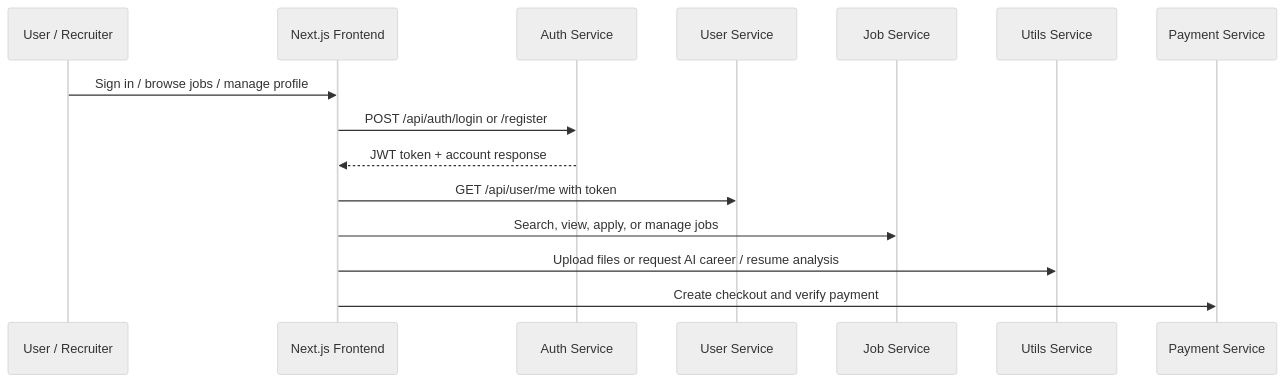
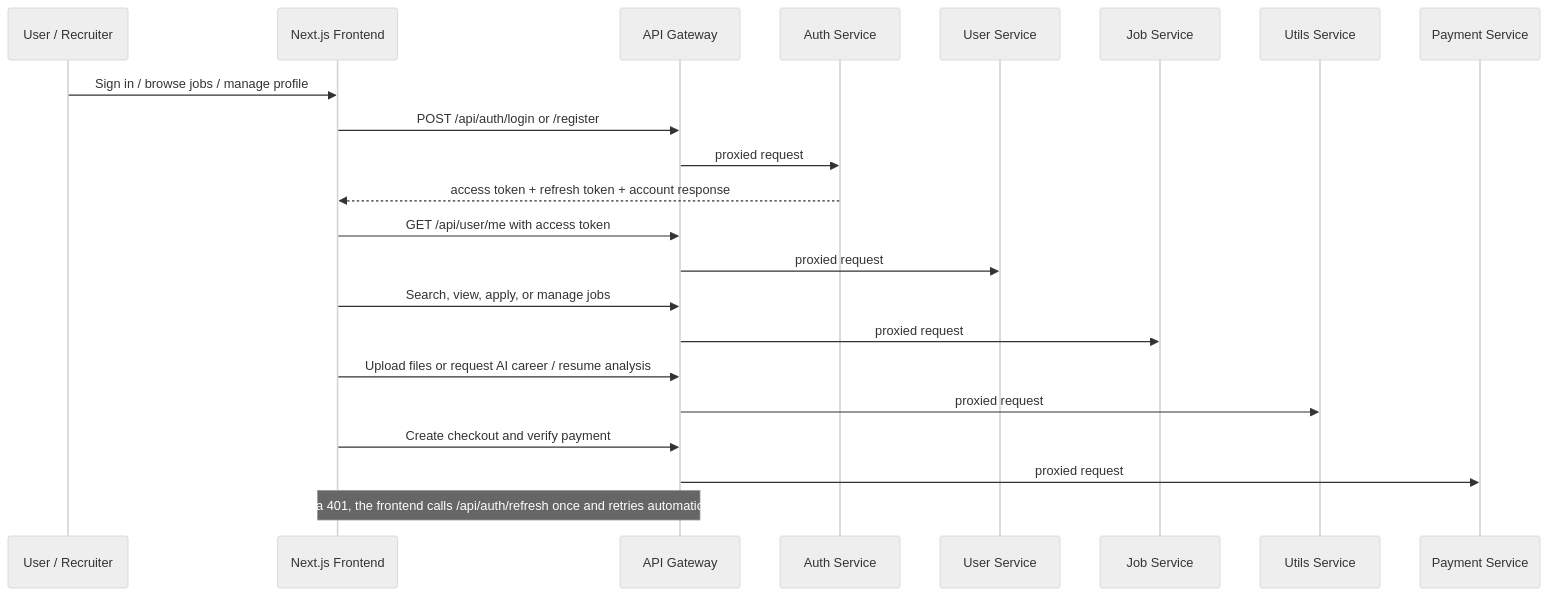
The second of 2 diagrams in README.md (AyushCipher/HireHeaven-Job-Portal), drawn with Mermaid (neutral theme) before and after one commit. The commit also changed other lines of this file and 112 other files, not shown here.

````diff
--- a/README.md
+++ b/README.md
@@ -65,18 +73,25 @@
 ```mermaid
 sequenceDiagram
   participant User as User / Recruiter
   participant Frontend as Next.js Frontend
+  participant Gateway as API Gateway
   participant Auth as Auth Service
   participant UserSvc as User Service
   participant JobSvc as Job Service
   participant UtilSvc as Utils Service
   participant PaySvc as Payment Service
 
   User->>Frontend: Sign in / browse jobs / manage profile
-  Frontend->>Auth: POST /api/auth/login or /register
-  Auth-->>Frontend: JWT token + account response
-  Frontend->>UserSvc: GET /api/user/me with token
-  Frontend->>JobSvc: Search, view, apply, or manage jobs
-  Frontend->>UtilSvc: Upload files or request AI career / resume analysis
-  Frontend->>PaySvc: Create checkout and verify payment
+  Frontend->>Gateway: POST /api/auth/login or /register
+  Gateway->>Auth: proxied request
+  Auth-->>Frontend: access token + refresh token + account response
+  Frontend->>Gateway: GET /api/user/me with access token
+  Gateway->>UserSvc: proxied request
+  Frontend->>Gateway: Search, view, apply, or manage jobs
+  Gateway->>JobSvc: proxied request
+  Frontend->>Gateway: Upload files or request AI career / resume analysis
+  Gateway->>UtilSvc: proxied request
+  Frontend->>Gateway: Create checkout and verify payment
+  Gateway->>PaySvc: proxied request
+  Note over Frontend,Gateway: On a 401, the frontend calls /api/auth/refresh once and retries automatically
 ```
````
